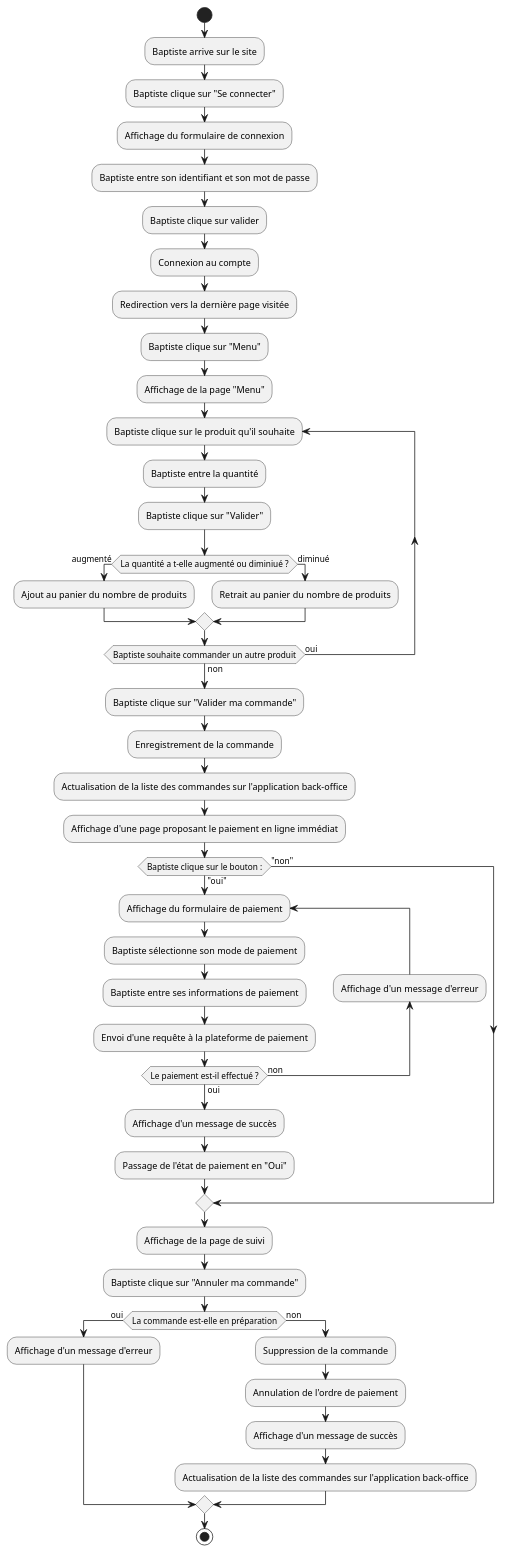
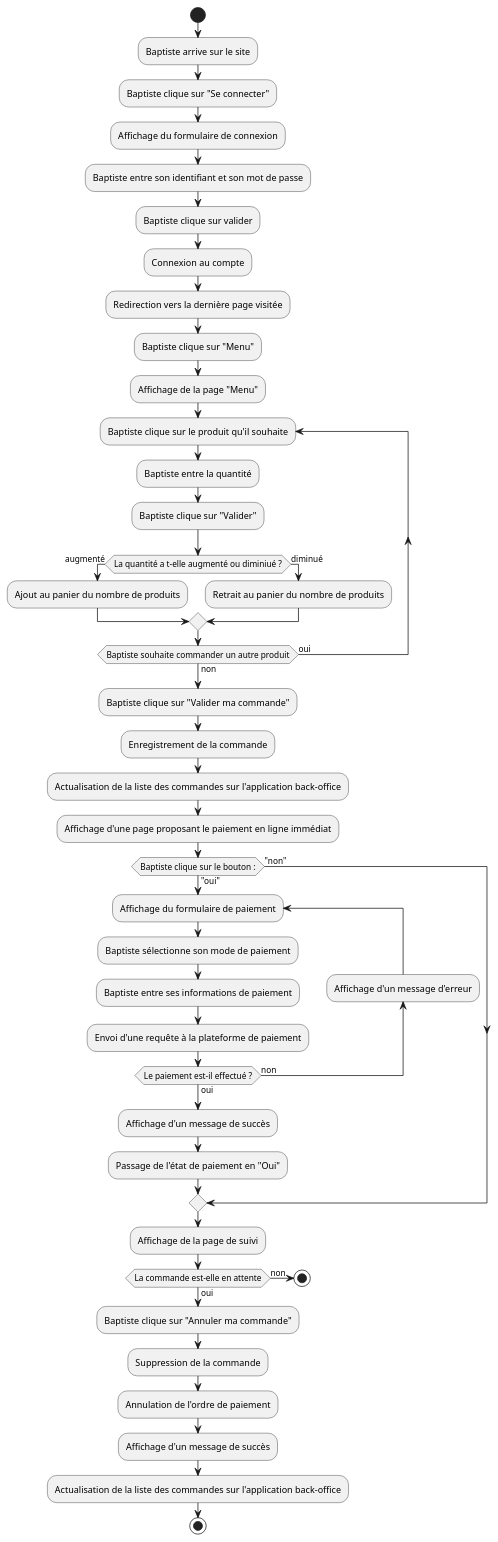
Before and after one commit to Gumpah/project_6: the diagram in diagrams/client_cancel_order.puml, drawn with PlantUML. The commit also changed 8 other files, not shown here.

Commit message:
Updating diagrams

```diff
--- a/diagrams/client_cancel_order.puml
+++ b/diagrams/client_cancel_order.puml
@@ -1,50 +1,50 @@
 @startuml
 'https://plantuml.com/activity-diagram-beta
 
 start
 :Baptiste arrive sur le site;
 :Baptiste clique sur "Se connecter";
 :Affichage du formulaire de connexion;
 :Baptiste entre son identifiant et son mot de passe;
 :Baptiste clique sur valider;
 :Connexion au compte;
 :Redirection vers la dernière page visitée;
 :Baptiste clique sur "Menu";
 :Affichage de la page "Menu";
 repeat :Baptiste clique sur le produit qu'il souhaite;
 :Baptiste entre la quantité;
 :Baptiste clique sur "Valider";
 if (La quantité a t-elle augmenté ou diminiué ?) then (augmenté)
 :Ajout au panier du nombre de produits;
 else (diminué)
 :Retrait au panier du nombre de produits;
 endif
 repeat while (Baptiste souhaite commander un autre produit) is (oui) not (non)
 :Baptiste clique sur "Valider ma commande";
 :Enregistrement de la commande;
 :Actualisation de la liste des commandes sur l'application back-office;
 :Affichage d'une page proposant le paiement en ligne immédiat;
 if (Baptiste clique sur le bouton :) then ("oui")
 repeat :Affichage du formulaire de paiement;
 :Baptiste sélectionne son mode de paiement;
 :Baptiste entre ses informations de paiement;
 :Envoi d'une requête à la plateforme de paiement;
 backward:Affichage d'un message d'erreur;
 repeat while (Le paiement est-il effectué ?) is (non) not (oui)
 :Affichage d'un message de succès;
 :Passage de l'état de paiement en "Oui";
 else ("non")
 endif
 :Affichage de la page de suivi;
+if (La commande est-elle en attente) then (non)
+stop
+else (oui)
 :Baptiste clique sur "Annuler ma commande";
-if (La commande est-elle en préparation) then (oui)
-:Affichage d'un message d'erreur;
-else (non)
 :Suppression de la commande;
 :Annulation de l'ordre de paiement;
 :Affichage d'un message de succès;
 :Actualisation de la liste des commandes sur l'application back-office;
 endif
 stop
 
 @enduml
```
